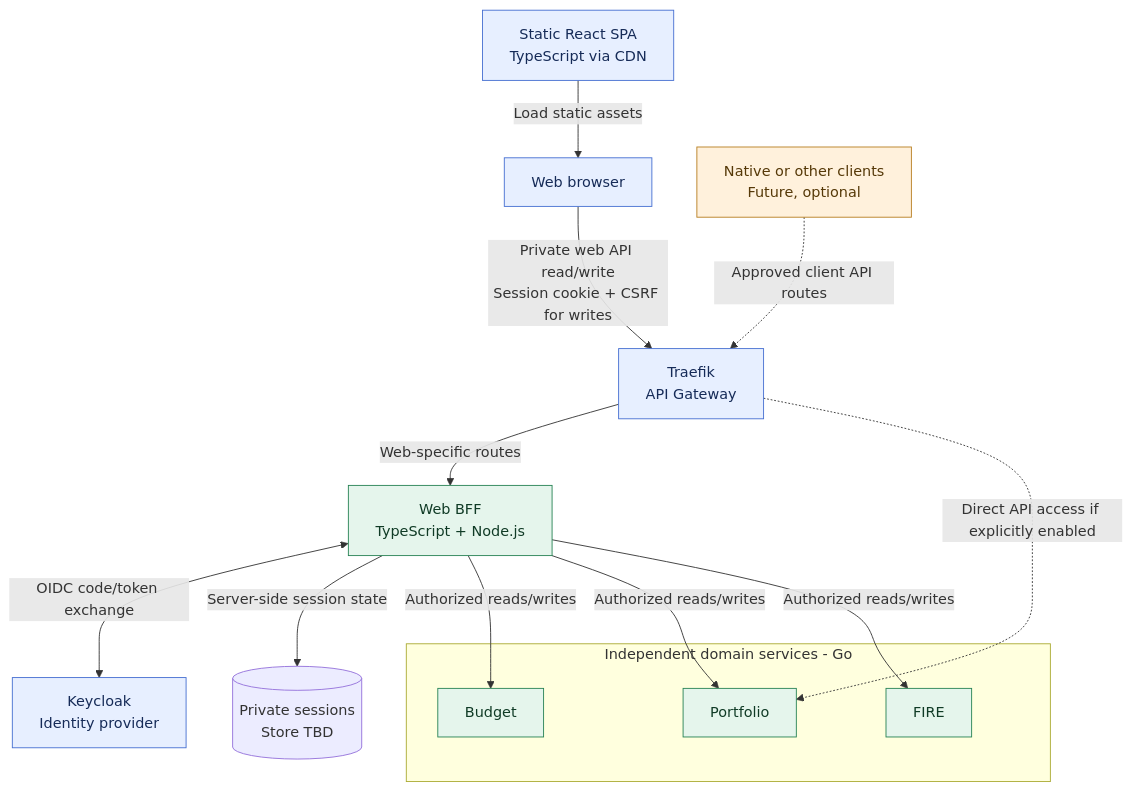
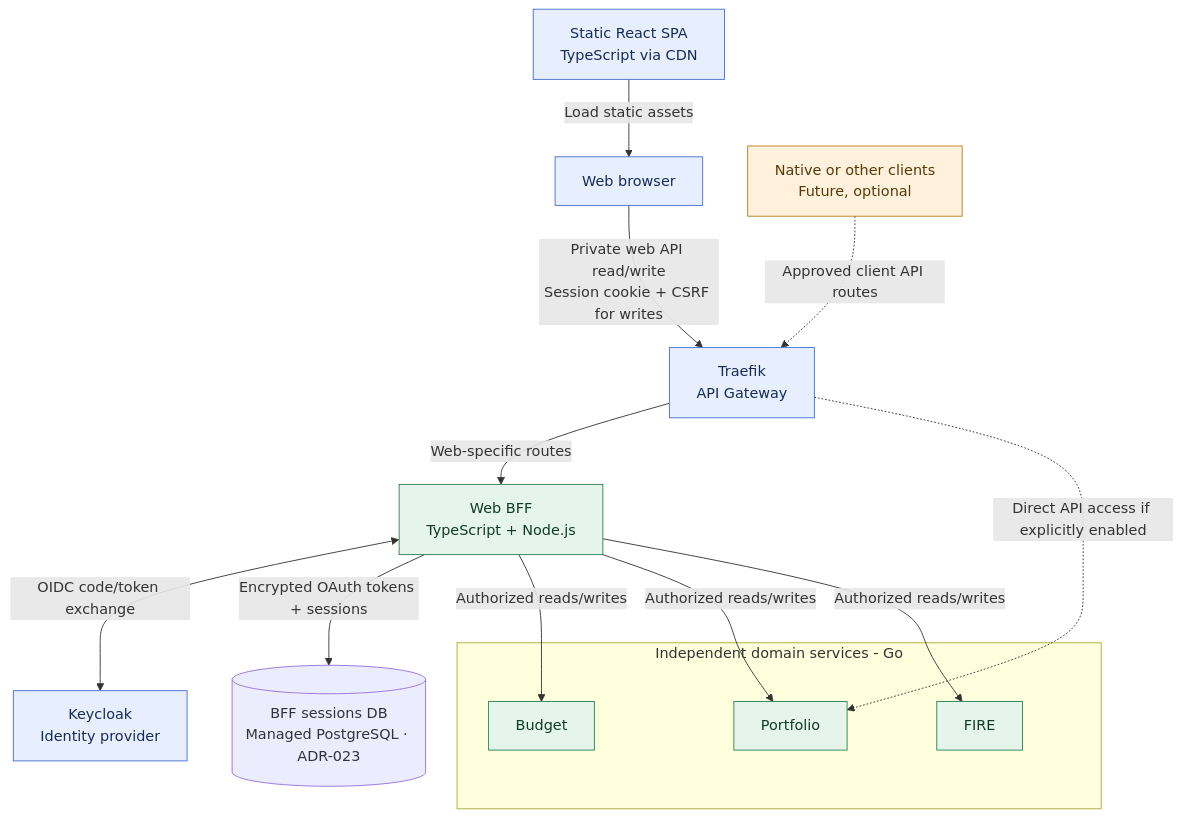
One commit to anton415/finance-lab changed the diagram in docs/architecture/decisions/0012-typescript-web-bff-api-composition.md. Above: the diagram before and after it, drawn with Mermaid. The commit also changed other lines of this file and 8 other files, not shown here.

First line of the commit message:
docs(architecture): accept ADR-023 PostgreSQL BFF sessions

````diff
--- a/docs/architecture/decisions/0012-typescript-web-bff-api-composition.md
+++ b/docs/architecture/decisions/0012-typescript-web-bff-api-composition.md
@@ -25,34 +25,34 @@
 ```mermaid
 flowchart TD
     STATIC["Static React SPA<br/>TypeScript via CDN"]
     BROWSER["Web browser"]
     GW["Traefik<br/>API Gateway"]
     BFF["Web BFF<br/>TypeScript + Node.js"]
     KEY["Keycloak<br/>Identity provider"]
 
     subgraph DOMAIN["Independent domain services - Go"]
         B["Budget"]
         P["Portfolio"]
         F["FIRE"]
     end
 
     FUTURE["Native or other clients<br/>Future, optional"]
 
     STATIC -->|"Load static assets"| BROWSER
     BROWSER -->|"Private web API read/write<br/>Session cookie + CSRF for writes"| GW
     GW -->|"Web-specific routes"| BFF
     BFF <-->|"OIDC code/token exchange"| KEY
-    BFF -->|"Server-side session state"| SESSION[("Private sessions<br/>Store TBD")]
+    BFF -->|"Encrypted OAuth tokens + sessions"| SESSION[("BFF sessions DB<br/>Managed PostgreSQL · ADR-023")]
     BFF -->|"Authorized reads/writes"| B
     BFF -->|"Authorized reads/writes"| P
     BFF -->|"Authorized reads/writes"| F
     FUTURE -.->|"Approved client API routes"| GW
     GW -.->|"Direct API access if explicitly enabled"| P
 
     classDef edge fill:#E7EFFF,stroke:#466FD1,color:#162B58;
     classDef service fill:#E5F5EC,stroke:#278254,color:#103B26;
     classDef optional fill:#FFF1DC,stroke:#B77D20,color:#563908;
     class STATIC,BROWSER,GW,KEY edge;
     class BFF,B,P,F service;
     class FUTURE optional;
 ```
````
